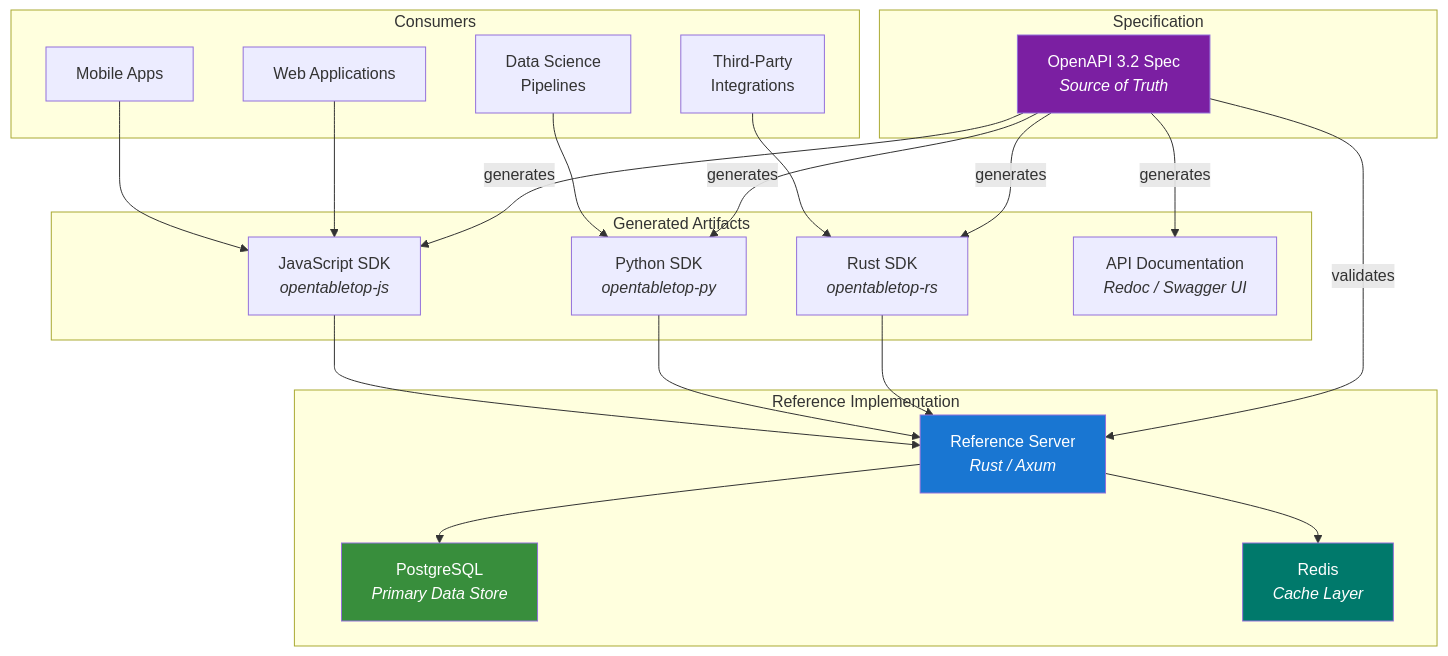
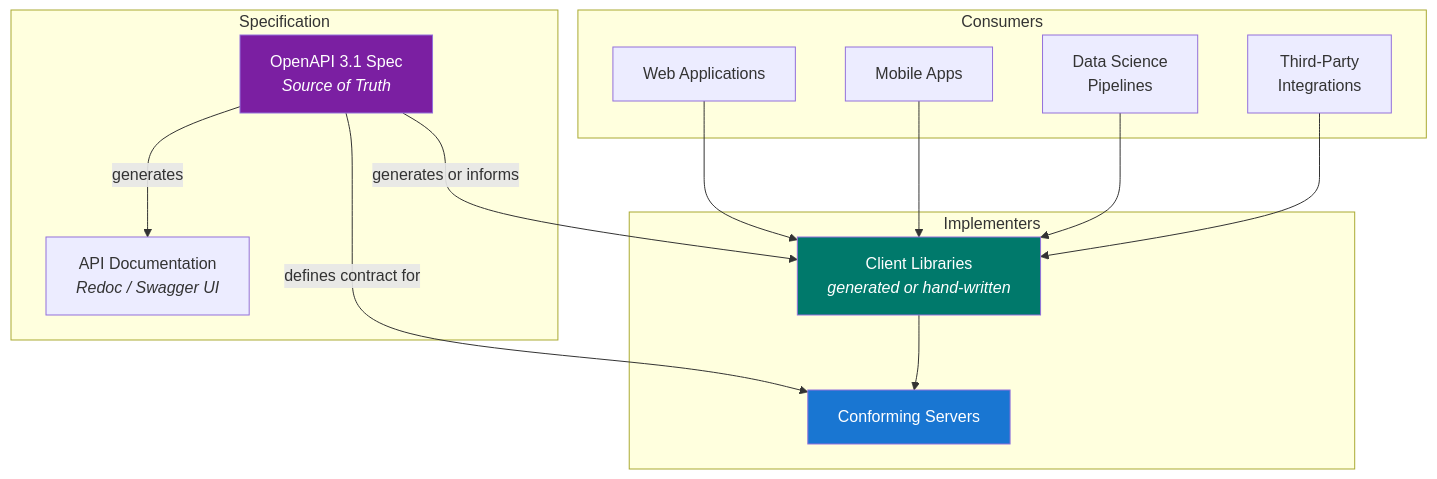
Before and after one commit to tabletop-commons/OpenTabletop: the diagram in docs/src/architecture/overview.md, drawn with Mermaid. The commit also changed other lines of this file and 16 other files, not shown here.

````diff
--- a/docs/src/architecture/overview.md
+++ b/docs/src/architecture/overview.md
@@ -7,48 +7,33 @@
 ```mermaid
 flowchart TD
     subgraph Specification
-        OAS["OpenAPI 3.2 Spec<br/><i>Source of Truth</i>"]
+        OAS["OpenAPI 3.1 Spec<br/><i>Source of Truth</i>"]
+        DOCS["API Documentation<br/><i>Redoc / Swagger UI</i>"]
     end
 
-    subgraph "Reference Implementation"
-        SERVER["Reference Server<br/><i>Rust / Axum</i>"]
-        DB["PostgreSQL<br/><i>Primary Data Store</i>"]
-        CACHE["Redis<br/><i>Cache Layer</i>"]
-        SERVER --> DB
-        SERVER --> CACHE
-    end
-
-    subgraph "Generated Artifacts"
-        SDK_RUST["Rust SDK<br/><i>opentabletop-rs</i>"]
-        SDK_PY["Python SDK<br/><i>opentabletop-py</i>"]
-        SDK_JS["JavaScript SDK<br/><i>opentabletop-js</i>"]
-        DOCS["API Documentation<br/><i>Redoc / Swagger UI</i>"]
+    subgraph "Implementers"
+        SERVER["Conforming Servers"]
+        CLIENTS["Client Libraries<br/><i>generated or hand-written</i>"]
     end
 
     subgraph "Consumers"
         WEB["Web Applications"]
         MOBILE["Mobile Apps"]
         DATA["Data Science<br/>Pipelines"]
         THIRD["Third-Party<br/>Integrations"]
     end
 
-    OAS -->|generates| SDK_RUST
-    OAS -->|generates| SDK_PY
-    OAS -->|generates| SDK_JS
+    OAS -->|defines contract for| SERVER
     OAS -->|generates| DOCS
-    OAS -->|validates| SERVER
+    OAS -->|generates or informs| CLIENTS
 
-    SDK_RUST --> SERVER
-    SDK_PY --> SERVER
-    SDK_JS --> SERVER
-
-    WEB --> SDK_JS
-    MOBILE --> SDK_JS
-    DATA --> SDK_PY
-    THIRD --> SDK_RUST
+    WEB --> CLIENTS
+    MOBILE --> CLIENTS
+    DATA --> CLIENTS
+    THIRD --> CLIENTS
+    CLIENTS --> SERVER
 
     style OAS fill:#7b1fa2,color:#fff
     style SERVER fill:#1976d2,color:#fff
-    style DB fill:#388e3c,color:#fff
-    style CACHE fill:#00796b,color:#fff
+    style CLIENTS fill:#00796b,color:#fff
 ```
````
